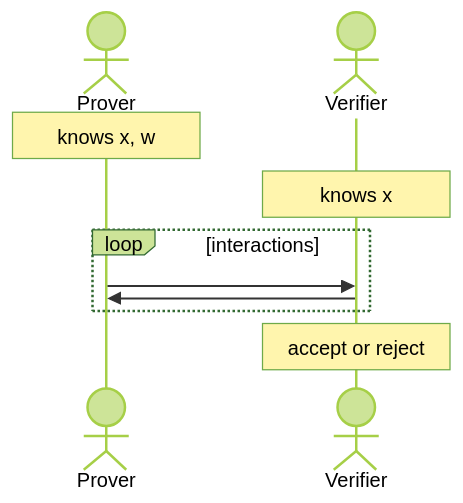
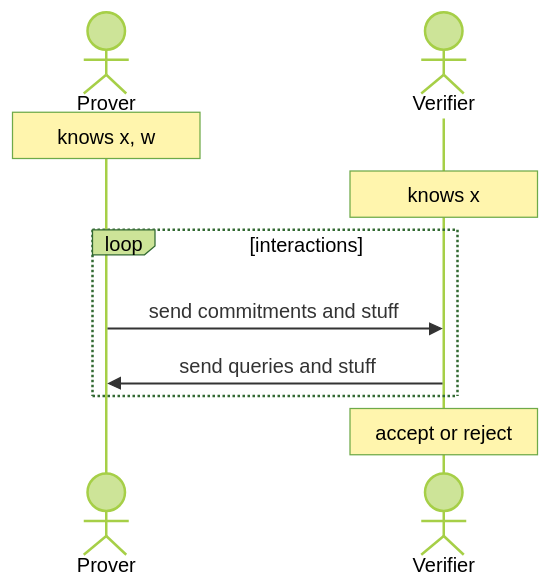
Before and after one commit to erhant/crypto-notes: the second of 4 diagrams in content/101-what-is-a-snark.md, drawn with Mermaid (forest theme). The commit also changed 1 other file, not shown here.

Commit message:
fix empty space

````diff
--- a/content/101-what-is-a-snark.md
+++ b/content/101-what-is-a-snark.md
@@ -75,12 +75,12 @@
 ```mermaid
 sequenceDiagram
 	actor P as Prover
 	actor V as Verifier
 	note over P: knows x, w
 	note over V: knows x
 	loop interactions
-	P ->> V:
-	V ->> P:
+	P ->> V: send commitments and stuff
+	V ->> P: send queries and stuff
 	end
 	note over V: accept or reject
 ```
````
